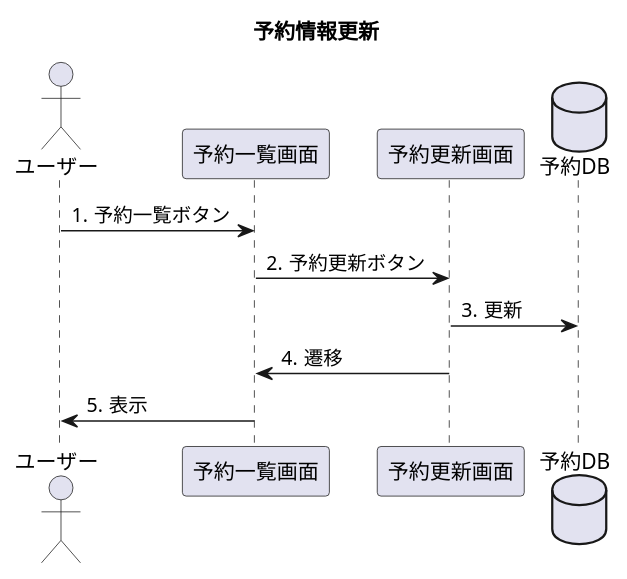
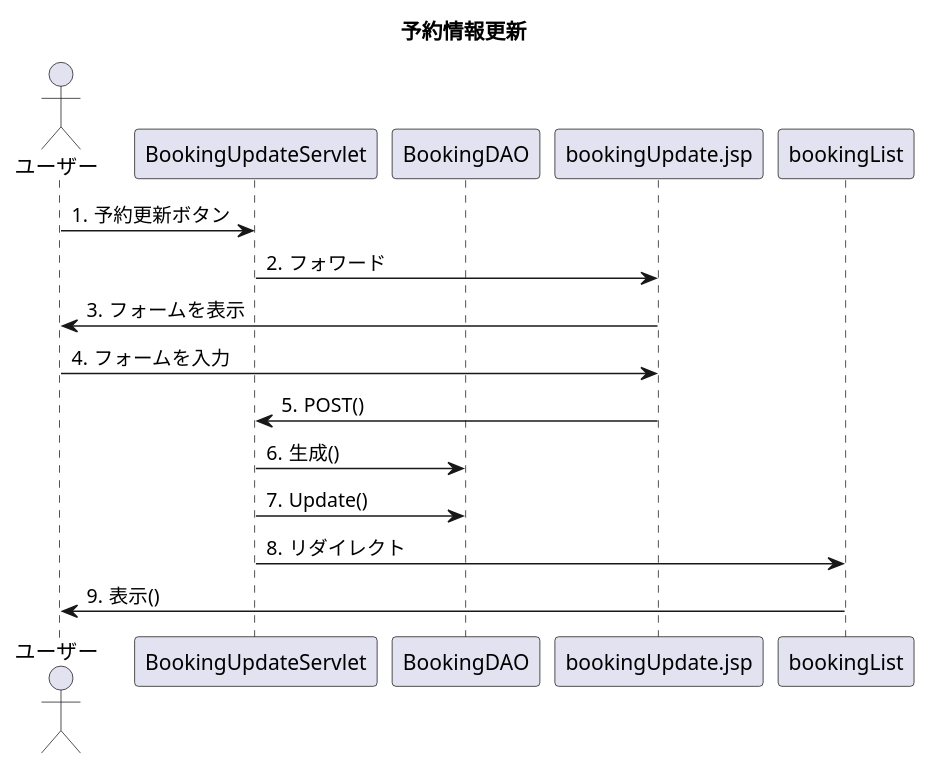
Before and after one commit to Tyamanaka07/WebSystem: the diagram in detail.uml/seq_bookingUpdate.pu, drawn with PlantUML. The commit also changed 3 other files, not shown here.

```diff
--- a/detail.uml/seq_bookingUpdate.pu
+++ b/detail.uml/seq_bookingUpdate.pu
@@ -1,18 +1,22 @@
 @startuml
 title 予約情報更新
 
 autonumber "#."
 
 actor ユーザー
-participant 予約一覧画面
-participant 予約更新画面
-database 予約DB
+participant BookingUpdateServlet
+participant BookingDAO
+participant bookingUpdate.jsp
 
-ユーザー->予約一覧画面:予約一覧ボタン
-予約一覧画面->予約更新画面 : 予約更新ボタン
-予約更新画面->予約DB : 更新
-予約更新画面->予約一覧画面 : 遷移
-予約一覧画面->ユーザー : 表示
+ユーザー -> BookingUpdateServlet : 予約更新ボタン
+BookingUpdateServlet -> bookingUpdate.jsp : フォワード
+bookingUpdate.jsp -> ユーザー : フォームを表示
+ユーザー -> bookingUpdate.jsp : フォームを入力
+bookingUpdate.jsp -> BookingUpdateServlet : POST()
+BookingUpdateServlet -> BookingDAO : 生成()
+BookingUpdateServlet -> BookingDAO : Update()
+BookingUpdateServlet ->  bookingList : リダイレクト
+bookingList -> ユーザー : 表示()
 
 
 @enduml
```
